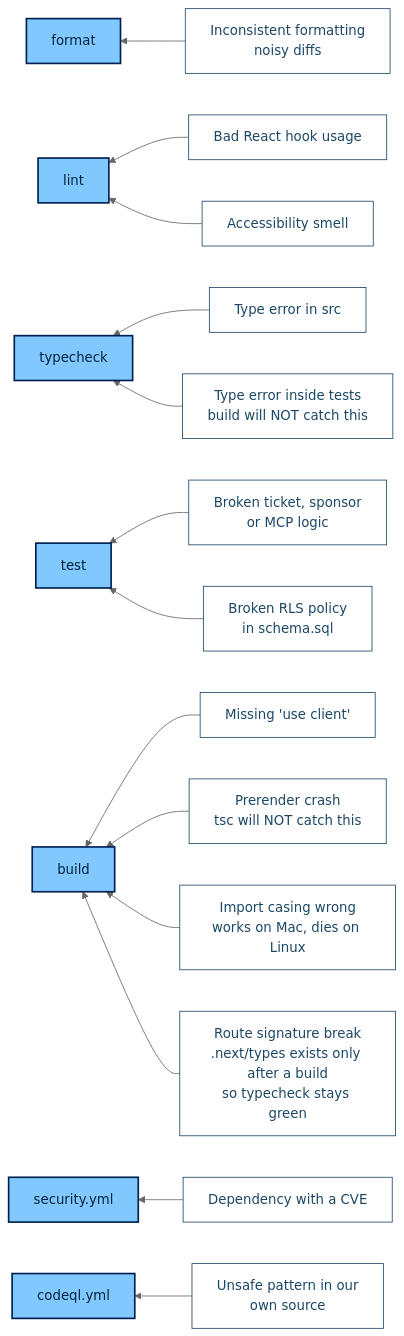
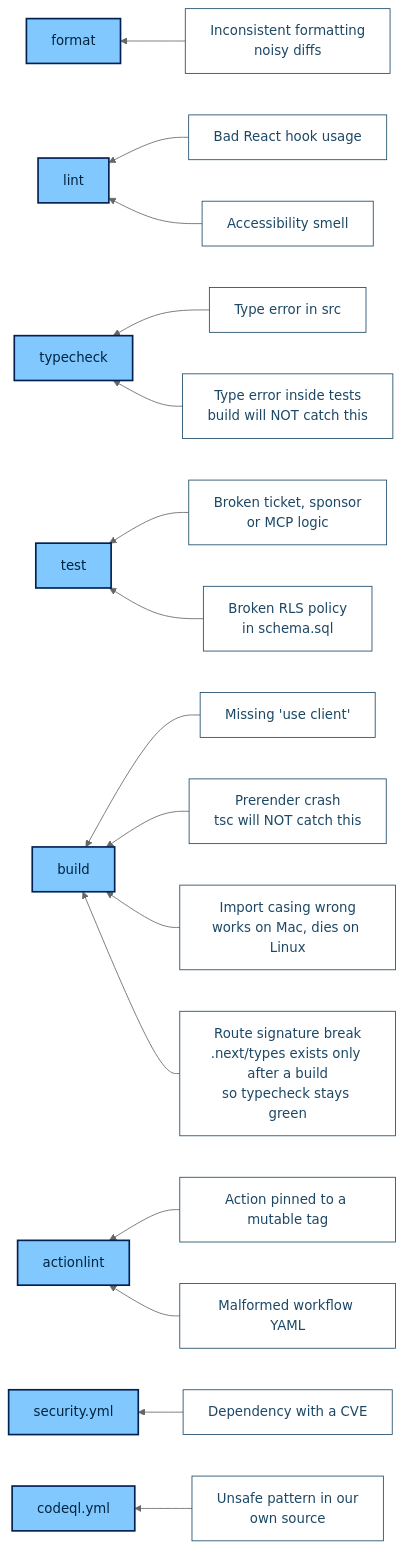
Before and after one commit to acmpsu/acm-website: the second of 11 diagrams in docs/ci-map.md, drawn with Mermaid (neutral theme). The commit also changed other lines of this file and 2 other files, not shown here.

````diff
--- a/docs/ci-map.md
+++ b/docs/ci-map.md
@@ -89,29 +70,32 @@
 ```mermaid
 flowchart RL
     FMT["format"]
     LNT["lint"]
     TYP["typecheck"]
     TST["test"]
     BLD["build"]
+    ALN["actionlint"]
     AUD["security.yml"]
     QL["codeql.yml"]
 
     B1["Inconsistent formatting<br/>noisy diffs"] --> FMT
     B2["Bad React hook usage"] --> LNT
     B3["Accessibility smell"] --> LNT
     B4["Type error in src"] --> TYP
     B5["Type error inside tests<br/>build will NOT catch this"] --> TYP
     B6["Broken ticket, sponsor<br/>or MCP logic"] --> TST
     B7["Broken RLS policy<br/>in schema.sql"] --> TST
     B8["Missing 'use client'"] --> BLD
     B9["Prerender crash<br/>tsc will NOT catch this"] --> BLD
     B10["Import casing wrong<br/>works on Mac, dies on Linux"] --> BLD
     B13["Route signature break<br/>.next/types exists only after a build<br/>so typecheck stays green"] --> BLD
+    B14["Action pinned to a mutable tag"] --> ALN
+    B15["Malformed workflow YAML"] --> ALN
     B11["Dependency with a CVE"] --> AUD
     B12["Unsafe pattern in our<br/>own source"] --> QL
 
     classDef chk fill:#80c8fe,stroke:#002052,stroke-width:2px,color:#00243f
     classDef bug fill:#ffffff,stroke:#1c4866,stroke-width:1px,color:#1c4866
-    class FMT,LNT,TYP,TST,BLD,AUD,QL chk
-    class B1,B2,B3,B4,B5,B6,B7,B8,B9,B10,B11,B12,B13 bug
+    class FMT,LNT,TYP,TST,BLD,ALN,AUD,QL chk
+    class B1,B2,B3,B4,B5,B6,B7,B8,B9,B10,B11,B12,B13,B14,B15 bug
 ```
````
